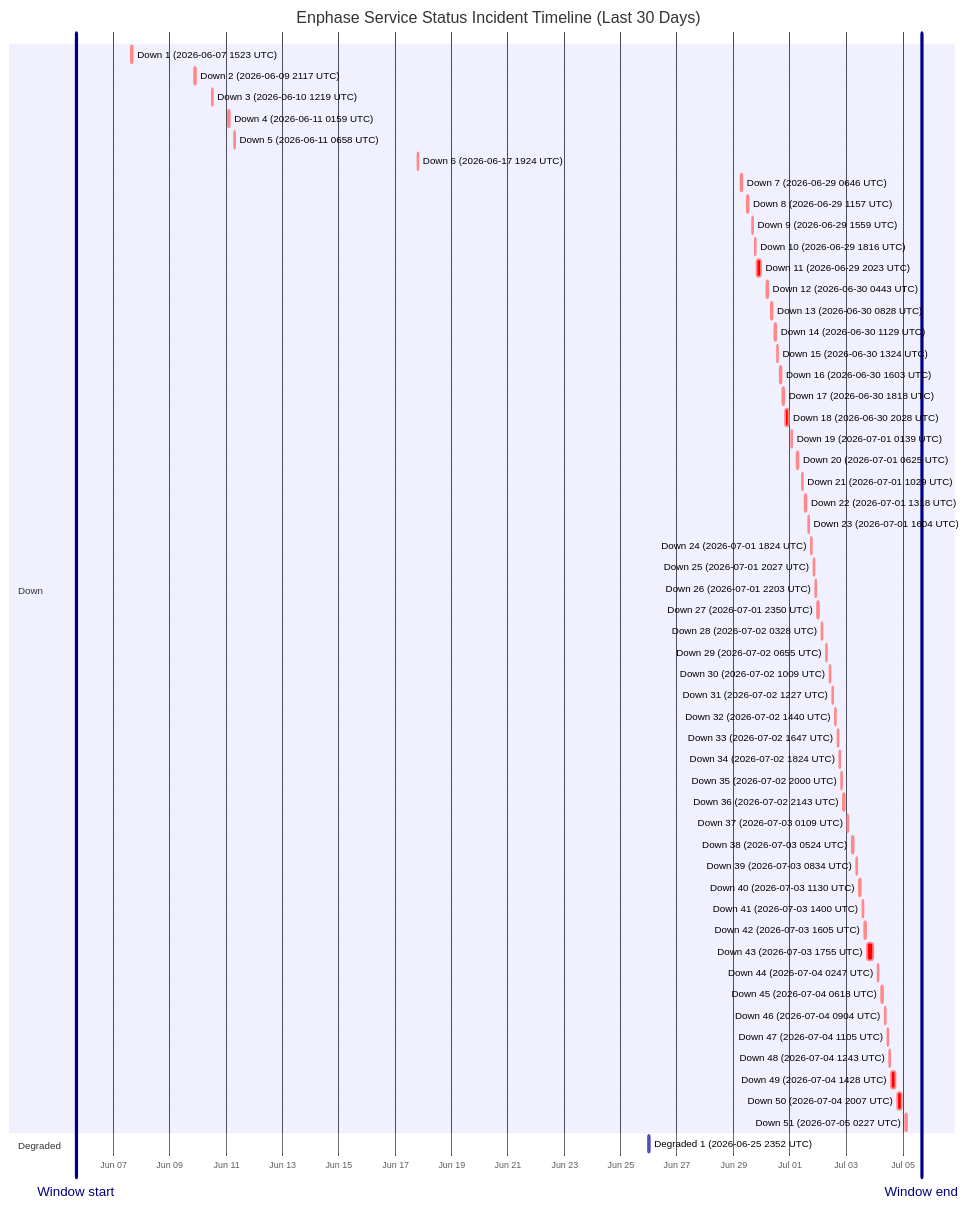
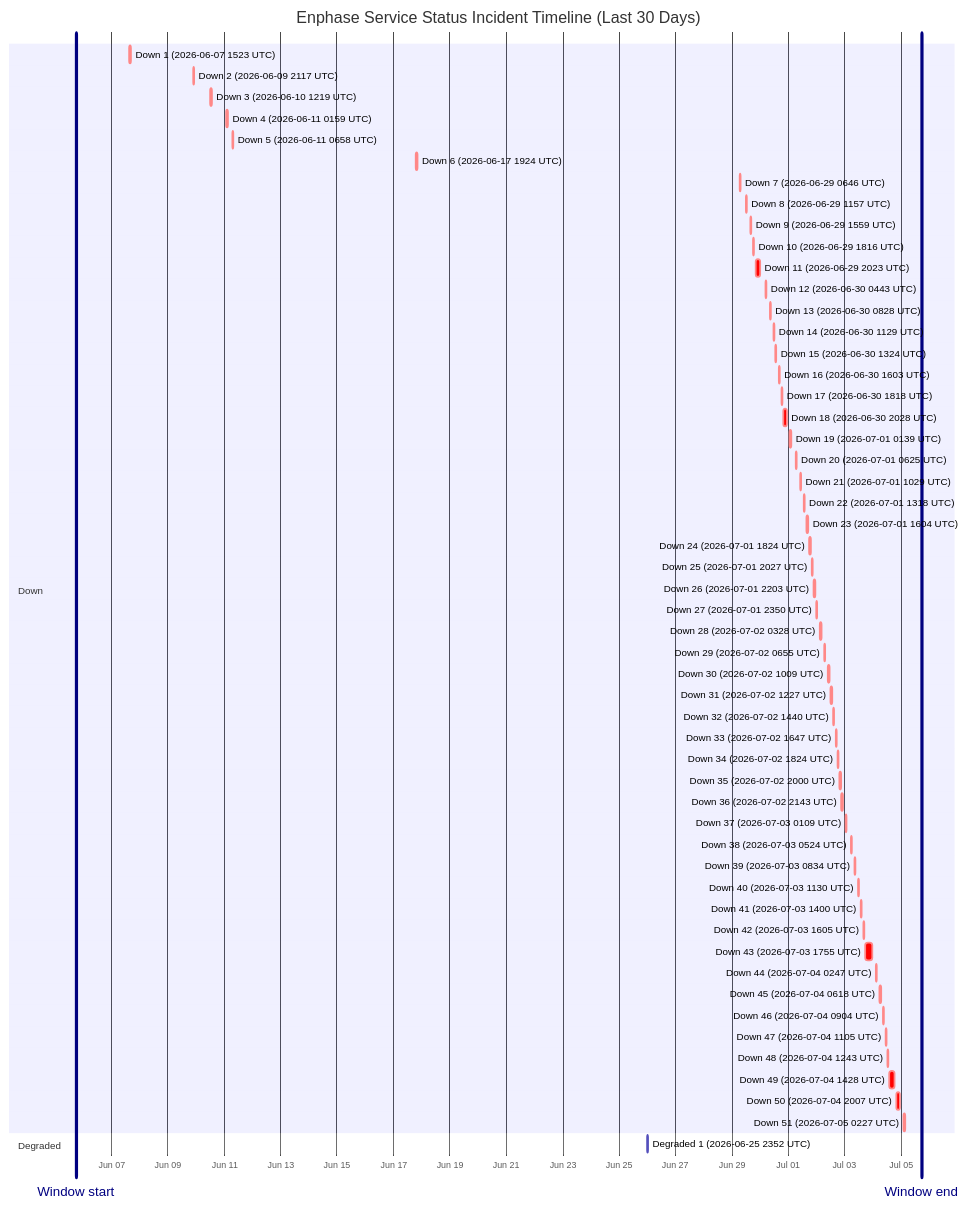
One commit to barneyonline/ha-enphase-energy changed the diagram in wiki/Service-Status-History.md. Above: the diagram before and after it, drawn with Mermaid. The commit also changed other lines of this file and 3 other files, not shown here.

````diff
--- a/wiki/Service-Status-History.md
+++ b/wiki/Service-Status-History.md
@@ -14,62 +14,62 @@
 ```mermaid
 gantt
     title Enphase Service Status Incident Timeline (Last 30 Days)
     dateFormat  YYYY-MM-DDTHH:mm:ss
     axisFormat  %b %d
-    Window start :vert, window-start, 2026-06-05T16:15:10, 0ms
-    Window end :vert, window-end, 2026-07-05T16:15:10, 0ms
+    Window start :vert, window-start, 2026-06-05T17:35:36, 0ms
+    Window end :vert, window-end, 2026-07-05T17:35:36, 0ms
     section Down
     Down 1 (2026-06-07 1523 UTC) :crit, down-1, 2026-06-07T15:23:22, 87m
     Down 2 (2026-06-09 2117 UTC) :crit, down-2, 2026-06-09T21:17:17, 60m
     Down 3 (2026-06-10 1219 UTC) :crit, down-3, 2026-06-10T12:19:21, 60m
     Down 4 (2026-06-11 0159 UTC) :crit, down-4, 2026-06-11T01:59:36, 60m
     Down 5 (2026-06-11 0658 UTC) :crit, down-5, 2026-06-11T06:58:45, 60m
     Down 6 (2026-06-17 1924 UTC) :crit, down-6, 2026-06-17T19:24:51, 60m
     Down 7 (2026-06-29 0646 UTC) :crit, down-7, 2026-06-29T06:46:18, 60m
     Down 8 (2026-06-29 1157 UTC) :crit, down-8, 2026-06-29T11:57:36, 60m
     Down 9 (2026-06-29 1559 UTC) :crit, down-9, 2026-06-29T15:59:02, 60m
     Down 10 (2026-06-29 1816 UTC) :crit, down-10, 2026-06-29T18:16:38, 60m
     Down 11 (2026-06-29 2023 UTC) :crit, down-11, 2026-06-29T20:23:16, 220m
     Down 12 (2026-06-30 0443 UTC) :crit, down-12, 2026-06-30T04:43:54, 60m
     Down 13 (2026-06-30 0828 UTC) :crit, down-13, 2026-06-30T08:28:43, 60m
     Down 14 (2026-06-30 1129 UTC) :crit, down-14, 2026-06-30T11:29:15, 60m
     Down 15 (2026-06-30 1324 UTC) :crit, down-15, 2026-06-30T13:24:25, 60m
     Down 16 (2026-06-30 1603 UTC) :crit, down-16, 2026-06-30T16:03:26, 60m
     Down 17 (2026-06-30 1818 UTC) :crit, down-17, 2026-06-30T18:18:39, 60m
     Down 18 (2026-06-30 2028 UTC) :crit, down-18, 2026-06-30T20:28:54, 171m
     Down 19 (2026-07-01 0139 UTC) :crit, down-19, 2026-07-01T01:39:18, 60m
     Down 20 (2026-07-01 0625 UTC) :crit, down-20, 2026-07-01T06:25:35, 60m
     Down 21 (2026-07-01 1029 UTC) :crit, down-21, 2026-07-01T10:29:24, 60m
     Down 22 (2026-07-01 1318 UTC) :crit, down-22, 2026-07-01T13:18:31, 60m
     Down 23 (2026-07-01 1604 UTC) :crit, down-23, 2026-07-01T16:04:29, 60m
     Down 24 (2026-07-01 1824 UTC) :crit, down-24, 2026-07-01T18:24:21, 60m
     Down 25 (2026-07-01 2027 UTC) :crit, down-25, 2026-07-01T20:27:17, 60m
     Down 26 (2026-07-01 2203 UTC) :crit, down-26, 2026-07-01T22:03:46, 60m
     Down 27 (2026-07-01 2350 UTC) :crit, down-27, 2026-07-01T23:50:52, 60m
     Down 28 (2026-07-02 0328 UTC) :crit, down-28, 2026-07-02T03:28:33, 60m
     Down 29 (2026-07-02 0655 UTC) :crit, down-29, 2026-07-02T06:55:07, 60m
     Down 30 (2026-07-02 1009 UTC) :crit, down-30, 2026-07-02T10:09:15, 60m
     Down 31 (2026-07-02 1227 UTC) :crit, down-31, 2026-07-02T12:27:49, 60m
     Down 32 (2026-07-02 1440 UTC) :crit, down-32, 2026-07-02T14:40:53, 60m
     Down 33 (2026-07-02 1647 UTC) :crit, down-33, 2026-07-02T16:47:47, 60m
     Down 34 (2026-07-02 1824 UTC) :crit, down-34, 2026-07-02T18:24:26, 60m
     Down 35 (2026-07-02 2000 UTC) :crit, down-35, 2026-07-02T20:00:57, 60m
     Down 36 (2026-07-02 2143 UTC) :crit, down-36, 2026-07-02T21:43:52, 80m
     Down 37 (2026-07-03 0109 UTC) :crit, down-37, 2026-07-03T01:09:19, 60m
     Down 38 (2026-07-03 0524 UTC) :crit, down-38, 2026-07-03T05:24:23, 60m
     Down 39 (2026-07-03 0834 UTC) :crit, down-39, 2026-07-03T08:34:05, 60m
     Down 40 (2026-07-03 1130 UTC) :crit, down-40, 2026-07-03T11:30:41, 60m
     Down 41 (2026-07-03 1400 UTC) :crit, down-41, 2026-07-03T14:00:48, 60m
     Down 42 (2026-07-03 1605 UTC) :crit, down-42, 2026-07-03T16:05:49, 60m
     Down 43 (2026-07-03 1755 UTC) :crit, down-43, 2026-07-03T17:55:54, 338m
     Down 44 (2026-07-04 0247 UTC) :crit, down-44, 2026-07-04T02:47:22, 60m
     Down 45 (2026-07-04 0618 UTC) :crit, down-45, 2026-07-04T06:18:09, 60m
     Down 46 (2026-07-04 0904 UTC) :crit, down-46, 2026-07-04T09:04:41, 60m
     Down 47 (2026-07-04 1105 UTC) :crit, down-47, 2026-07-04T11:05:21, 60m
     Down 48 (2026-07-04 1243 UTC) :crit, down-48, 2026-07-04T12:43:25, 60m
     Down 49 (2026-07-04 1428 UTC) :crit, down-49, 2026-07-04T14:28:07, 243m
     Down 50 (2026-07-04 2007 UTC) :crit, down-50, 2026-07-04T20:07:50, 206m
     Down 51 (2026-07-05 0227 UTC) :crit, down-51, 2026-07-05T02:27:32, 109m
     section Degraded
     Degraded 1 (2026-06-25 2352 UTC) :active, degraded-1, 2026-06-25T23:52:01, 60m
 ```
````
